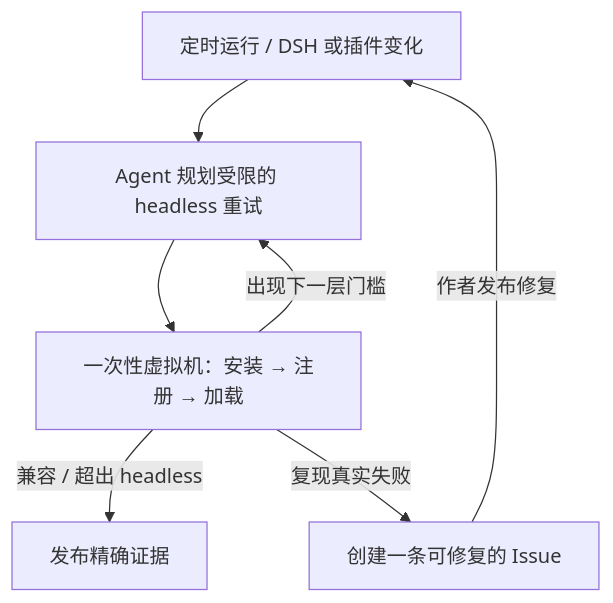
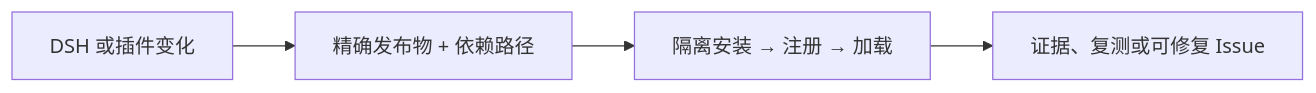
One commit to MicroMilo/upstream-radar changed the diagram in README-zh-CN.md. Above: the diagram before and after it, drawn with Mermaid. The commit also changed other lines of this file and 1 other file, not shown here.

````diff
--- a/README-zh-CN.md
+++ b/README-zh-CN.md
@@ -43,9 +40,6 @@
 ```mermaid
-flowchart TB
-  Change["定时运行 / DSH 或插件变化"] --> Agent["Agent 规划受限的 headless 重试"]
-  Agent --> Runtime["一次性虚拟机：安装 → 注册 → 加载"]
-  Runtime -->|"出现下一层门槛"| Agent
-  Runtime -->|"兼容 / 超出 headless"| Evidence["发布精确证据"]
-  Runtime -->|"复现真实失败"| Issue["创建一条可修复的 Issue"]
-  Issue -->|"作者发布修复"| Change
+flowchart LR
+  Change["DSH 或插件变化"] --> Graph["精确发布物 + 依赖路径"]
+  Graph --> Runtime["隔离安装 → 注册 → 加载"]
+  Runtime --> Result["证据、复测或可修复 Issue"]
 ```
````
